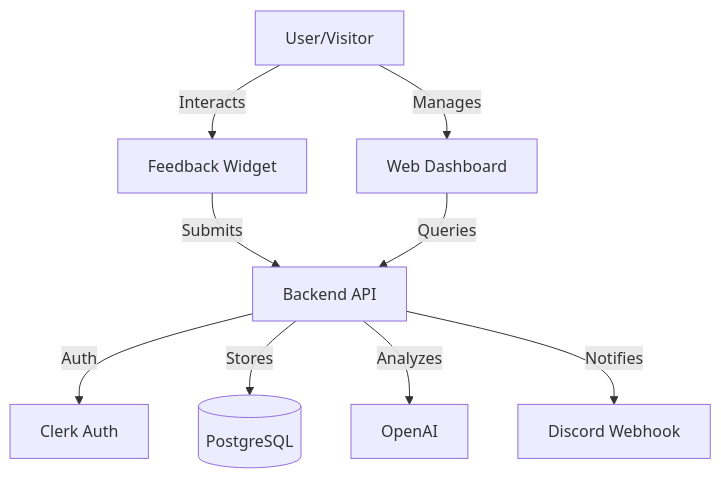
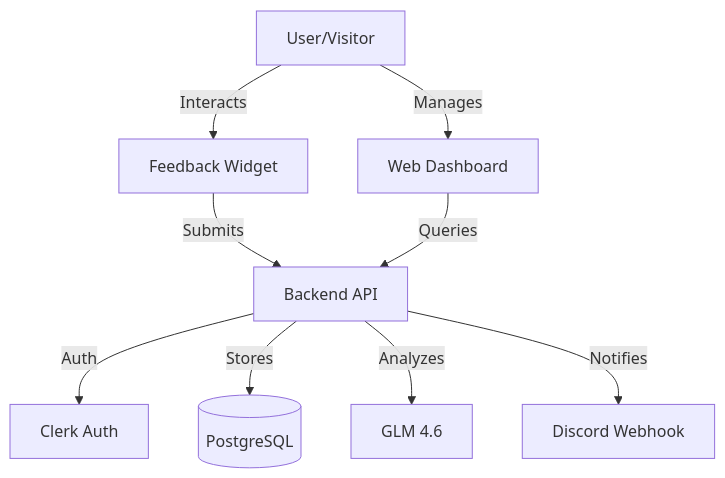
One commit to JudeTejada/reactly changed the diagram in README.md. Above: the diagram before and after it, drawn with Mermaid. The commit also changed other lines of this file and 1 other file, not shown here.

````diff
--- a/README.md
+++ b/README.md
@@ -32,11 +34,11 @@
 ```mermaid
 graph TD
     User[User/Visitor] -->|Interacts| Widget[Feedback Widget]
     User -->|Manages| Web[Web Dashboard]
     Widget -->|Submits| API[Backend API]
     Web -->|Queries| API
     API -->|Auth| Clerk[Clerk Auth]
     API -->|Stores| DB[(PostgreSQL)]
-    API -->|Analyzes| AI[OpenAI]
+    API -->|Analyzes| AI[GLM 4.6]
     API -->|Notifies| Discord[Discord Webhook]
 ```
````
